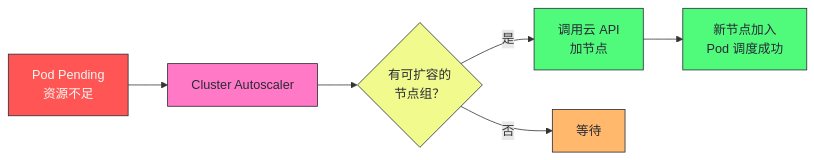
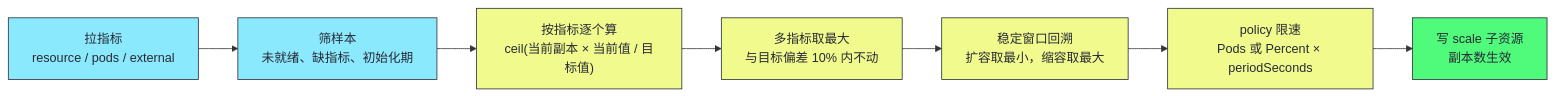
The second of 5 diagrams in content/云原生/Kubernetes/Kubernetes架构深度剖析/18 弹性伸缩与多集群：HPA VPA Cluster Autoscaler 与 KubeFed.md (hpliStartAgain/my-brain), drawn with Mermaid before and after one commit. The commit also changed other lines of this file and 259 other files, not shown here.

````diff
--- a/content/云原生/Kubernetes/Kubernetes架构深度剖析/18 弹性伸缩与多集群：HPA VPA Cluster Autoscaler 与 KubeFed.md
+++ b/content/云原生/Kubernetes/Kubernetes架构深度剖析/18 弹性伸缩与多集群：HPA VPA Cluster Autoscaler 与 KubeFed.md
@@ -187,22 +103,17 @@
 ```mermaid
 %%{init: {'theme': 'dracula'}}%%
 graph LR
-    Pending["Pod Pending<br/>资源不足"] --> CA["Cluster Autoscaler"]
-    CA --> Check{"有可扩容的<br/>节点组？"}
-    Check -->|"是"| Add["调用云 API<br/>加节点"]
-    Check -->|"否"| Wait["等待"]
-    Add --> Schedule["新节点加入<br/>Pod 调度成功"]
+    A["拉指标<br/>resource / pods / external"] --> B["筛样本<br/>未就绪、缺指标、初始化期"]
+    B --> C["按指标逐个算<br/>ceil(当前副本 × 当前值 / 目标值)"]
+    C --> D["多指标取最大<br/>与目标偏差 10% 内不动"]
+    D --> E["稳定窗口回溯<br/>扩容取最小，缩容取最大"]
+    E --> F["policy 限速<br/>Pods 或 Percent × periodSeconds"]
+    F --> G["写 scale 子资源<br/>副本数生效"]
 
-    classDef pending fill:#ff5555,stroke:#282a36,color:#f8f8f2
-    classDef ca fill:#ff79c6,stroke:#282a36,color:#282a36
-    classDef check fill:#f1fa8c,stroke:#282a36,color:#282a36
-    classDef add fill:#50fa7b,stroke:#282a36,color:#282a36
-    classDef wait fill:#ffb86c,stroke:#282a36,color:#282a36
-    classDef schedule fill:#50fa7b,stroke:#282a36,color:#282a36
-    class Pending pending
-    class CA ca
-    class Check check
-    class Add add
-    class Wait wait
-    class Schedule schedule
+    classDef step fill:#8be9fd,stroke:#282a36,color:#282a36
+    classDef gate fill:#f1fa8c,stroke:#282a36,color:#282a36
+    classDef out fill:#50fa7b,stroke:#282a36,color:#282a36
+    class A,B,C step
+    class C,D,E,F gate
+    class G out
 ```
````
